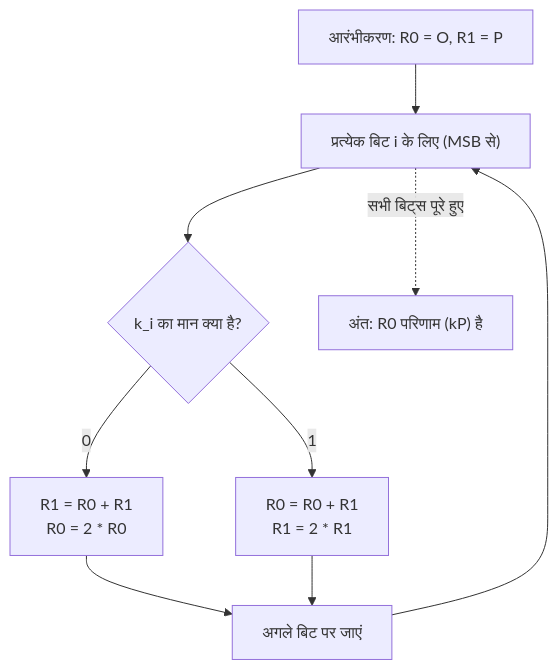
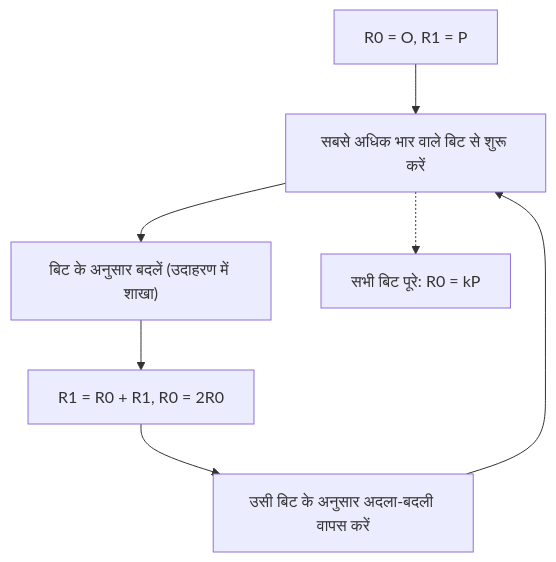
The second of 3 diagrams in content/post/楕円曲線暗号の数学的基礎とcppでの実装/index.hi.md (kenjinote/blog), drawn with Mermaid before and after one commit. The commit also changed other lines of this file and 6 other files, not shown here.

````diff
--- a/content/post/楕円曲線暗号の数学的基礎とcppでの実装/index.hi.md
+++ b/content/post/楕円曲線暗号の数学的基礎とcppでの実装/index.hi.md
@@ -253,14 +106,9 @@
 ```mermaid
 graph TD
-    Start["आरंभीकरण: R0 = O, R1 = P"] --> LoopStart["प्रत्येक बिट i के लिए (MSB से)"]
-    LoopStart --> Cond{"k_i का मान क्या है?"}
-    
-    Cond -->|"0"| Branch0["R1 = R0 + R1<br>R0 = 2 * R0"]
-    Cond -->|"1"| Branch1["R0 = R0 + R1<br>R1 = 2 * R1"]
-    
-    Branch0 --> LoopEnd["अगले बिट पर जाएं"]
-    Branch1 --> LoopEnd
-    
-    LoopEnd --> LoopStart
-    LoopStart -.->|"सभी बिट्स पूरे हुए"| End["अंत: R0 परिणाम (kP) है"]
+    A["R0 = O, R1 = P"] --> B["सबसे अधिक भार वाले बिट से शुरू करें"]
+    B --> C["बिट के अनुसार बदलें (उदाहरण में शाखा)"]
+    C --> D["R1 = R0 + R1, R0 = 2R0"]
+    D --> E["उसी बिट के अनुसार अदला-बदली वापस करें"]
+    E --> B
+    B -.-> F["सभी बिट पूरे: R0 = kP"]
 ```
````
